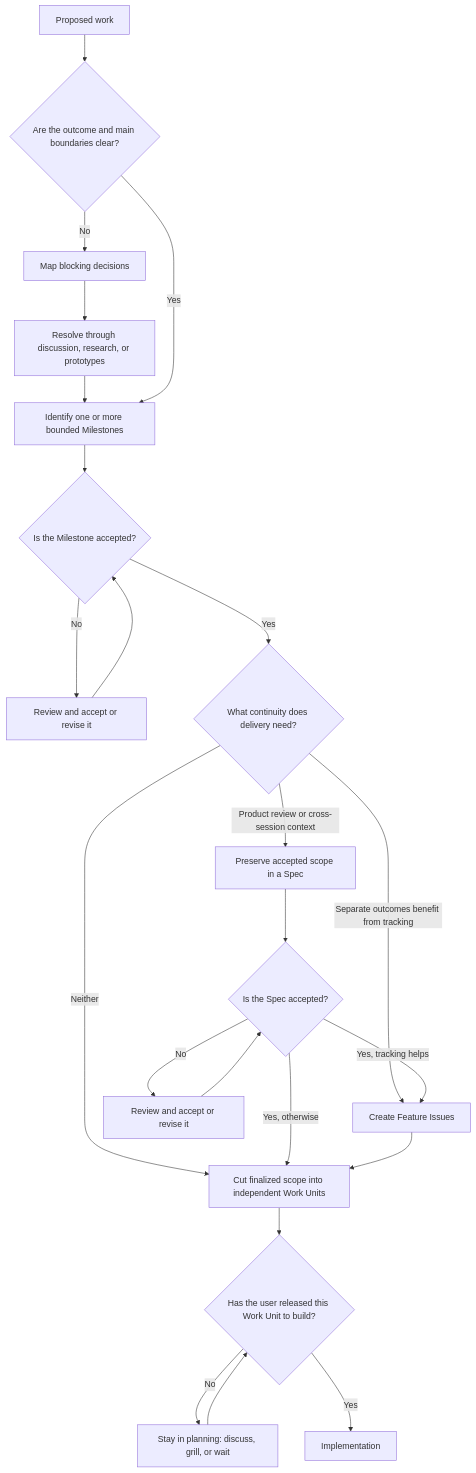
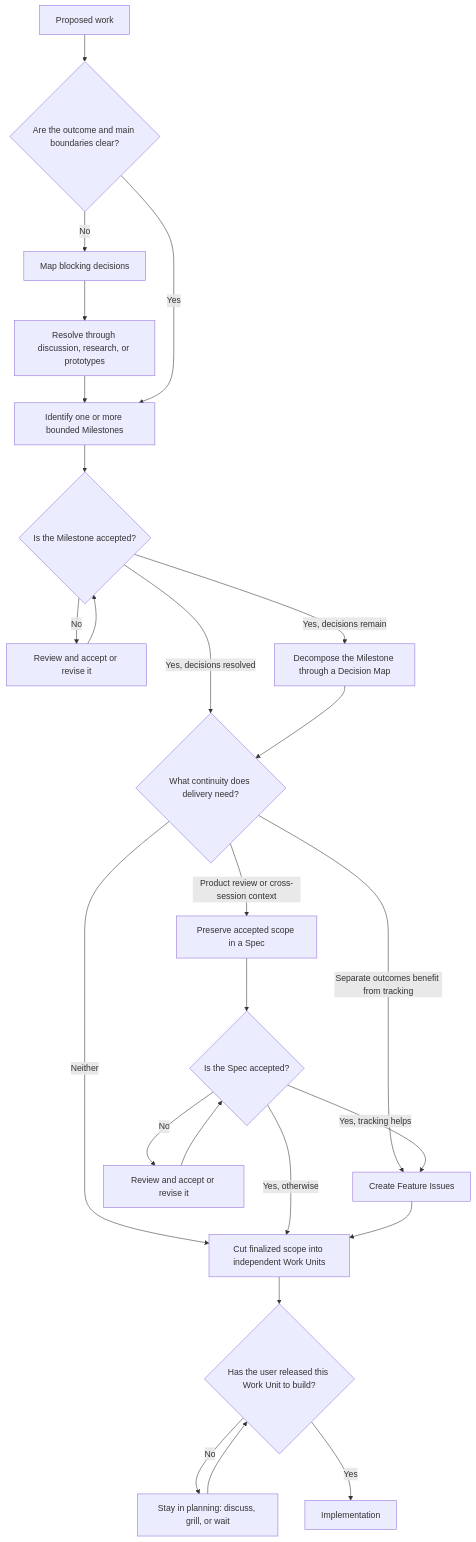
Before and after one commit to synorastudio/eng-playbook: the diagram in workflows/feature-planning.md, drawn with Mermaid. The commit also changed other lines of this file and 3 other files, not shown here.

First line of the commit message:
feat(map-decisions): name discover and decompose modes (#6)

````diff
--- a/workflows/feature-planning.md
+++ b/workflows/feature-planning.md
@@ -13,25 +13,27 @@
 ```mermaid
 flowchart TD
     proposed[Proposed work] --> clear{Are the outcome and main boundaries clear?}
     clear -->|No| decisions[Map blocking decisions]
     decisions --> resolve[Resolve through discussion, research, or prototypes]
     resolve --> milestones[Identify one or more bounded Milestones]
     clear -->|Yes| milestones
     milestones --> accepted{Is the Milestone accepted?}
     accepted -->|No| review[Review and accept or revise it]
     review --> accepted
-    accepted -->|Yes| needs{What continuity does delivery need?}
+    accepted -->|Yes, decisions resolved| needs{What continuity does delivery need?}
+    accepted -->|Yes, decisions remain| decompose[Decompose the Milestone through a Decision Map]
+    decompose --> needs
     needs -->|Product review or cross-session context| spec[Preserve accepted scope in a Spec]
     needs -->|Separate outcomes benefit from tracking| issues[Create Feature Issues]
     needs -->|Neither| units
     spec --> specAccepted{Is the Spec accepted?}
     specAccepted -->|No| specReview[Review and accept or revise it]
     specReview --> specAccepted
     specAccepted -->|Yes, tracking helps| issues
     specAccepted -->|Yes, otherwise| units
     issues --> units[Cut finalized scope into independent Work Units]
     units --> released{Has the user released this Work Unit to build?}
     released -->|No| planning[Stay in planning: discuss, grill, or wait]
     planning --> released
     released -->|Yes| implementation[Implementation]
 ```
````
